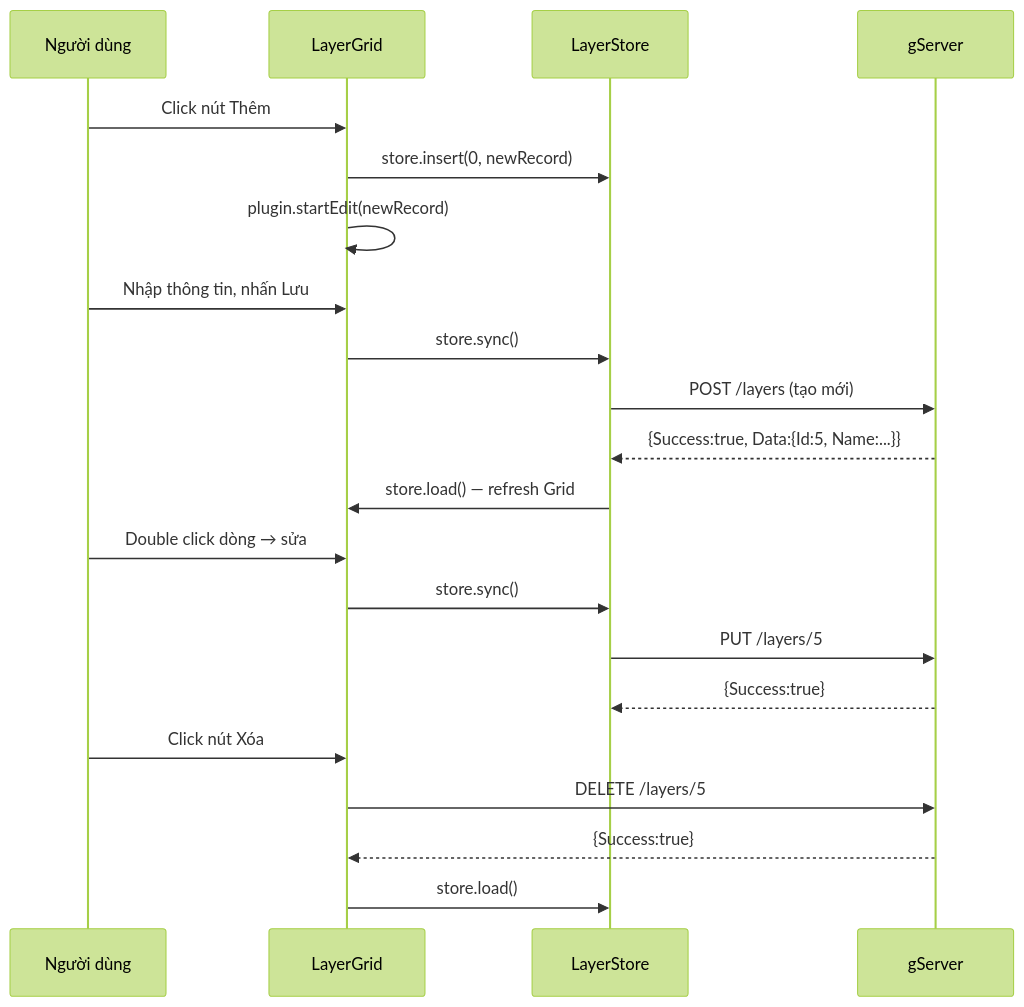
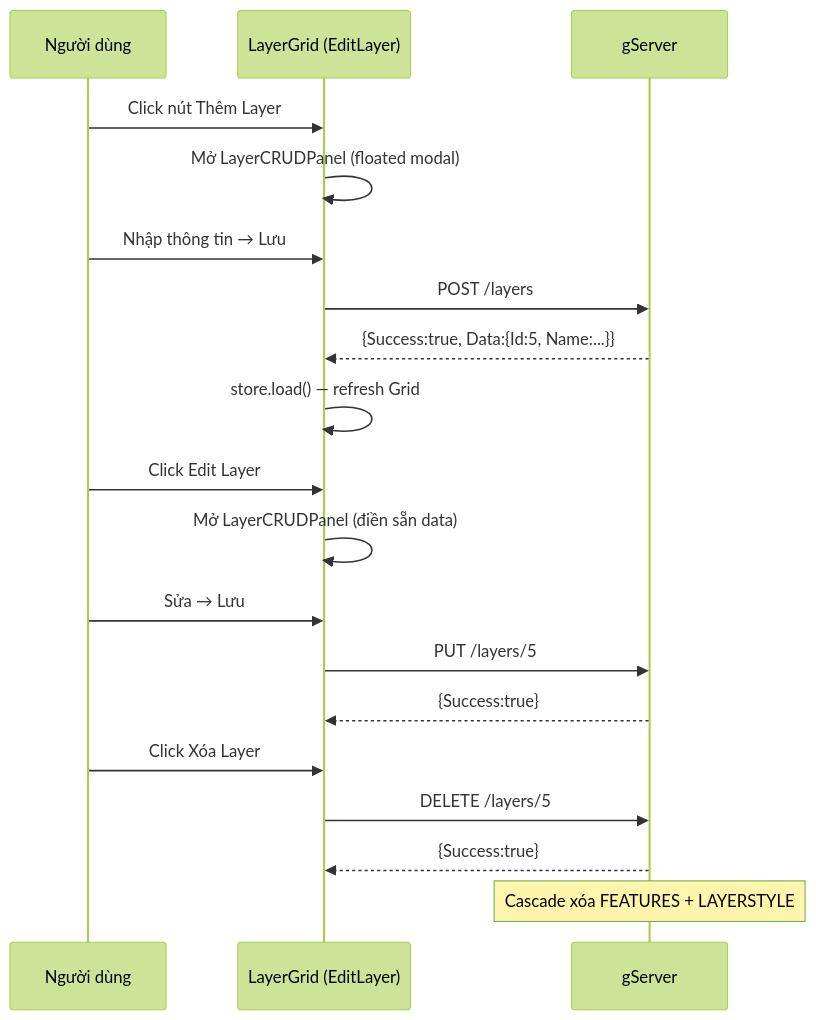
One commit to giangvanhung/gServer_0.0.1 changed the sixth of 8 diagrams in gServer_Introduction/docs/dataflow.md. Above: the diagram before and after it, drawn with Mermaid (forest theme). The commit also changed other lines of this file and 14 other files, not shown here.

````diff
--- a/gServer_Introduction/docs/dataflow.md
+++ b/gServer_Introduction/docs/dataflow.md
@@ -57,26 +104,24 @@
 ```mermaid
 sequenceDiagram
     participant U as Người dùng
-    participant G as LayerGrid
-    participant S as LayerStore
+    participant G as LayerGrid (EditLayer)
     participant WCF as gServer
 
-    U->>G: Click nút Thêm
-    G->>S: store.insert(0, newRecord)
-    G->>G: plugin.startEdit(newRecord)
-    U->>G: Nhập thông tin, nhấn Lưu
-    G->>S: store.sync()
-    S->>WCF: POST /layers (tạo mới)
-    WCF-->>S: {Success:true, Data:{Id:5, Name:...}}
-    S->>G: store.load() — refresh Grid
+    U->>G: Click nút Thêm Layer
+    G->>G: Mở LayerCRUDPanel (floated modal)
+    U->>G: Nhập thông tin → Lưu
+    G->>WCF: POST /layers
+    WCF-->>G: {Success:true, Data:{Id:5, Name:...}}
+    G->>G: store.load() — refresh Grid
 
-    U->>G: Double click dòng → sửa
-    G->>S: store.sync()
-    S->>WCF: PUT /layers/5
-    WCF-->>S: {Success:true}
+    U->>G: Click Edit Layer
+    G->>G: Mở LayerCRUDPanel (điền sẵn data)
+    U->>G: Sửa → Lưu
+    G->>WCF: PUT /layers/5
+    WCF-->>G: {Success:true}
 
-    U->>G: Click nút Xóa
+    U->>G: Click Xóa Layer
     G->>WCF: DELETE /layers/5
     WCF-->>G: {Success:true}
-    G->>S: store.load()
+    Note over WCF: Cascade xóa FEATURES + LAYERSTYLE
 ```
````
